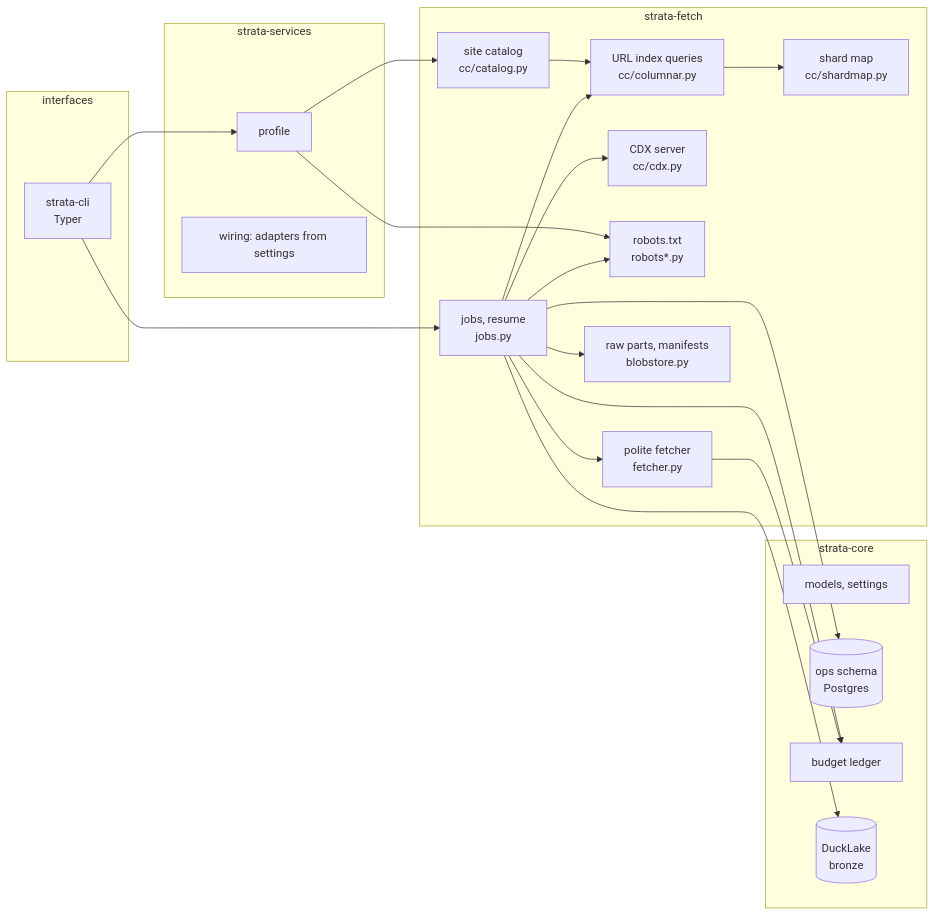
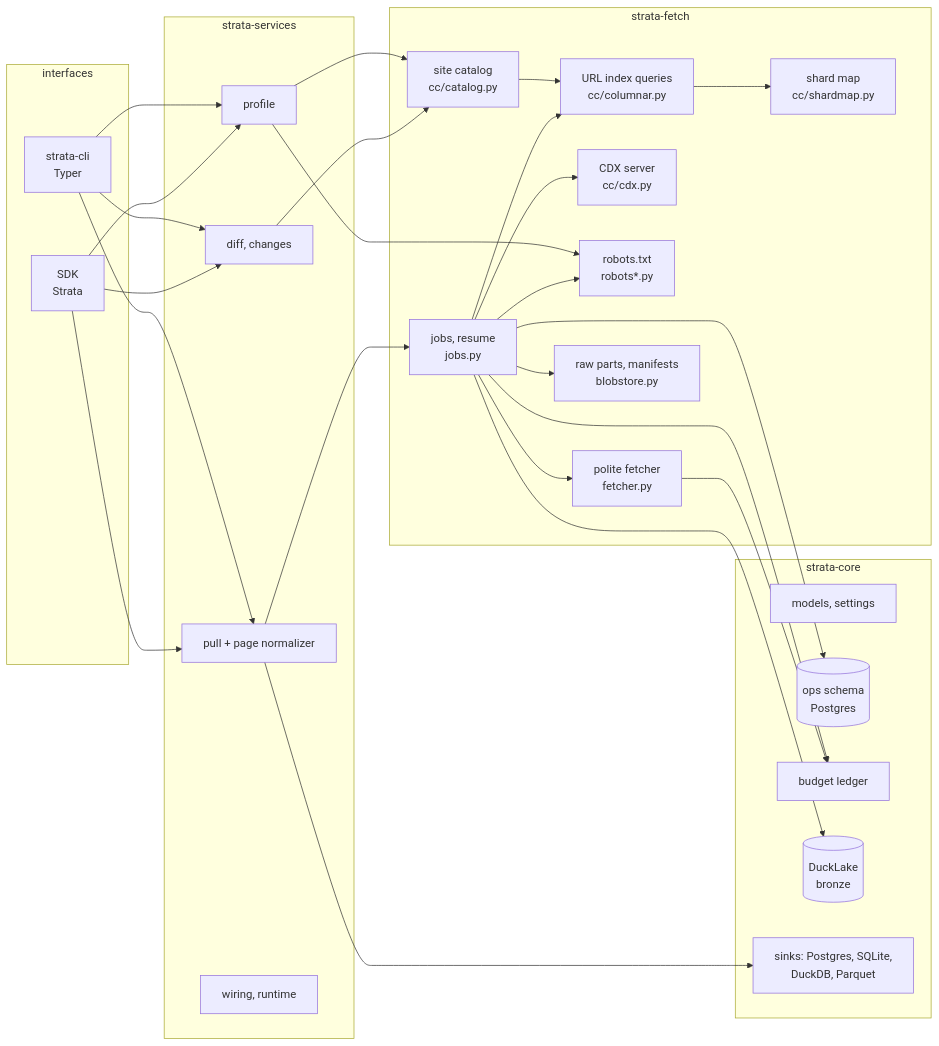
Before and after one commit to salmaelhanchi/strata: the diagram in docs/architecture.md, drawn with Mermaid. The commit also changed other lines of this file and 20 other files, not shown here.

First line of the commit message:
S3: pull into your own database, four sinks, and a Python SDK

````diff
--- a/docs/architecture.md
+++ b/docs/architecture.md
@@ -9,31 +9,37 @@
 ```mermaid
 flowchart LR
   subgraph interfaces
     CLI[strata-cli<br/>Typer]
+    SDK[SDK<br/>Strata]
   end
   subgraph strata-services
     PROFILE[profile]
-    WIRING[wiring: adapters from settings]
+    CHANGES[diff, changes]
+    PULL[pull + page normalizer]
+    WIRING[wiring, runtime]
   end
   subgraph strata-fetch
     CAT[site catalog<br/>cc/catalog.py]
     COL[URL index queries<br/>cc/columnar.py]
     CDX[CDX server<br/>cc/cdx.py]
     MAP[shard map<br/>cc/shardmap.py]
     ROB[robots.txt<br/>robots*.py]
     FETCH[polite fetcher<br/>fetcher.py]
     JOBS[jobs, resume<br/>jobs.py]
     STORE[raw parts, manifests<br/>blobstore.py]
   end
   subgraph strata-core
     MODELS[models, settings]
     OPS[(ops schema<br/>Postgres)]
     LEDGER[budget ledger]
     LAKE[(DuckLake<br/>bronze)]
+    SINKS[sinks: Postgres, SQLite,<br/>DuckDB, Parquet]
   end
-  CLI --> PROFILE & JOBS
+  CLI & SDK --> PROFILE & CHANGES & PULL
   PROFILE --> CAT & ROB
+  CHANGES --> CAT
+  PULL --> JOBS & SINKS
   CAT --> COL --> MAP
   JOBS --> CDX & COL & ROB & FETCH & STORE & OPS & LEDGER & LAKE
   FETCH --> LEDGER
 ```
````
